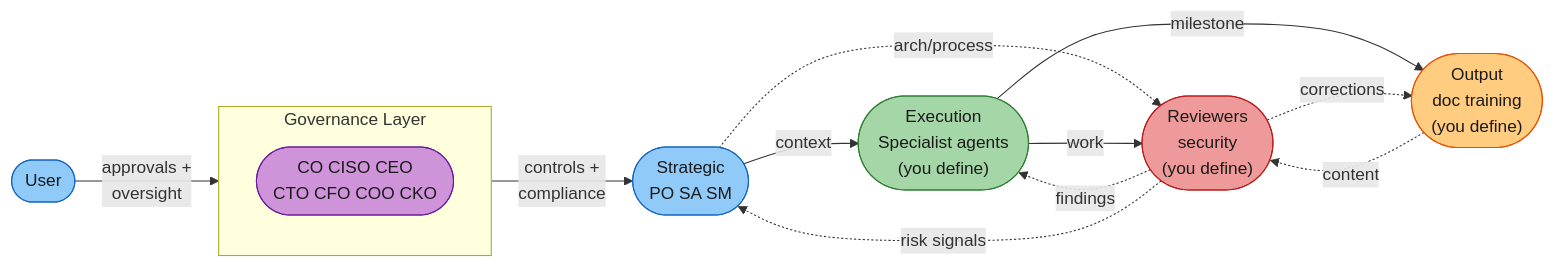
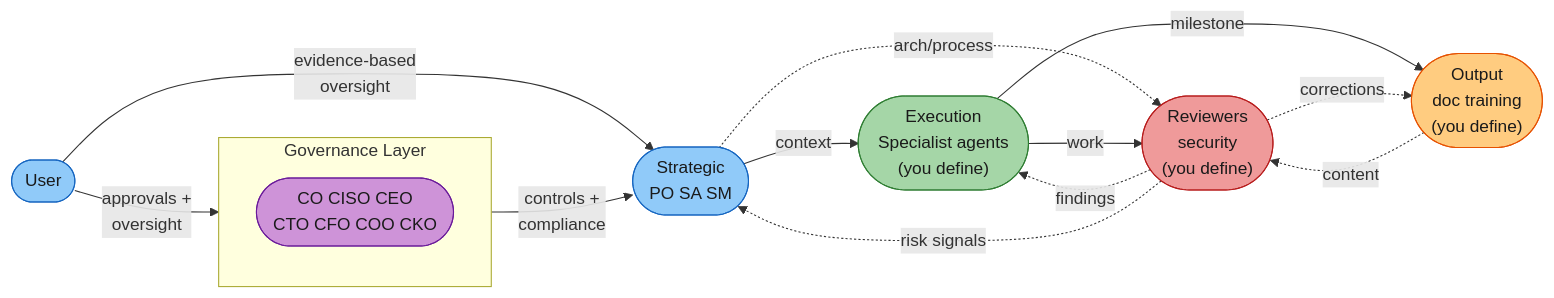
One commit to rdunie/venutian-antfarm changed the first of 23 diagrams in docs/COLLABORATION-MODEL.md. Above: the diagram before and after it, drawn with Mermaid.

Commit message:
fix: add missing User → Strategic triad oversight edge to fleet structure diagram

````diff
--- a/docs/COLLABORATION-MODEL.md
+++ b/docs/COLLABORATION-MODEL.md
@@ -40,31 +40,32 @@
 ```mermaid
 flowchart LR
     USER(["User"])
 
     subgraph Gov ["Governance Layer"]
         GOV(["CO  CISO  CEO\nCTO  CFO  COO  CKO"])
     end
 
     S(["Strategic\nPO  SA  SM"])
     E(["Execution\nSpecialist agents\n(you define)"])
     R(["Reviewers\nsecurity\n(you define)"])
     O(["Output\ndoc  training\n(you define)"])
 
     USER -->|"approvals +\noversight"| Gov
+    USER -->|"evidence-based\noversight"| S
     Gov -->|"controls +\ncompliance"| S
     S -->|"context"| E
     S -.->|"arch/process"| R
     E -->|"work"| R
     R -.->|"findings"| E
     R -.->|"risk signals"| S
     E -->|"milestone"| O
     R -.->|"corrections"| O
     O -.->|"content"| R
 
     style USER fill:#90caf9,stroke:#1565c0,color:#1a1a1a
     style GOV fill:#ce93d8,stroke:#6a1b9a,color:#1a1a1a
     style S fill:#90caf9,stroke:#1565c0,color:#1a1a1a
     style E fill:#a5d6a7,stroke:#2e7d32,color:#1a1a1a
     style R fill:#ef9a9a,stroke:#b71c1c,color:#1a1a1a
     style O fill:#ffcc80,stroke:#e65100,color:#1a1a1a
 ```
````
